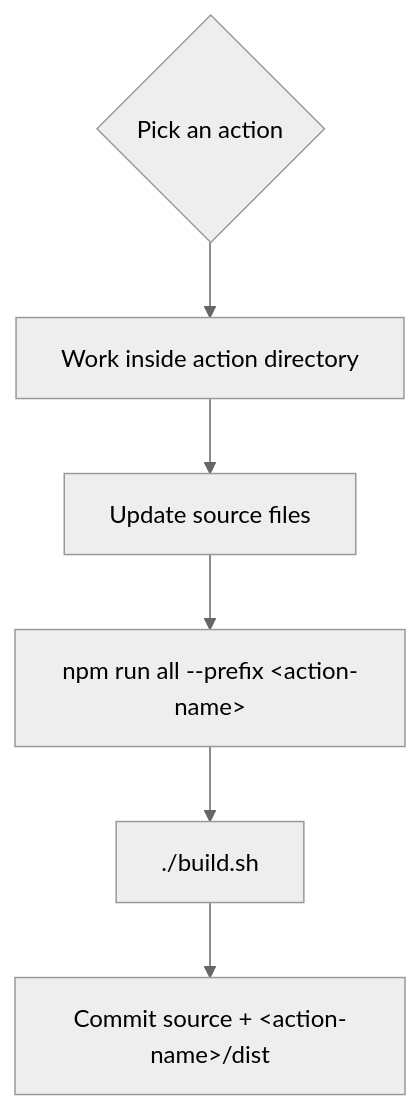
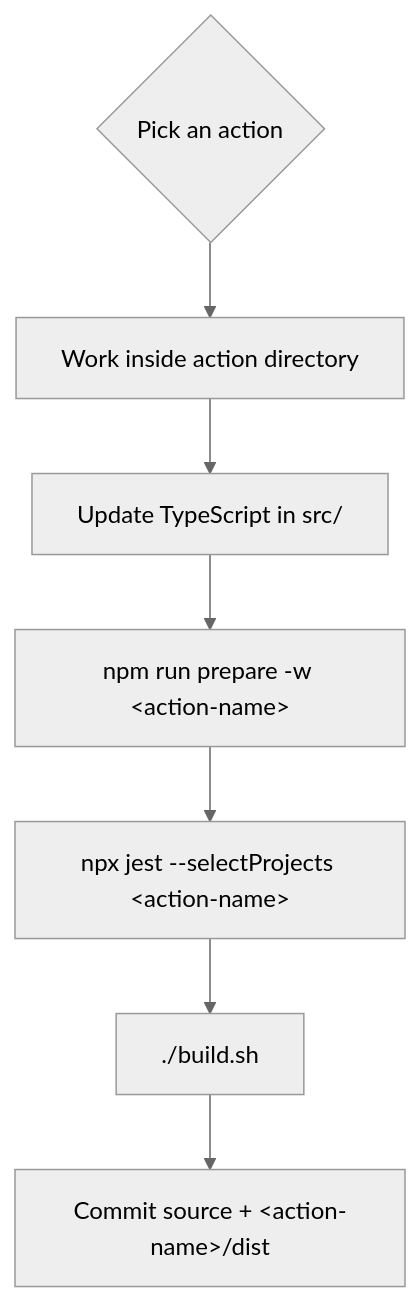
One commit to alandefreitas/cpp-actions changed the diagram in docs/modules/ROOT/pages/contribute.adoc. Above: the diagram before and after it, drawn with Mermaid (neutral theme). The commit also changed other lines of this file and 167 other files, not shown here.

First line of the commit message:
refactor: migrate codebase to TypeScript with npm workspaces

```diff
--- a/docs/modules/ROOT/pages/contribute.adoc
+++ b/docs/modules/ROOT/pages/contribute.adoc
@@ -16,11 +16,12 @@
 [mermaid, width=100%]
 ....
 flowchart TD
   decide{Pick an action}
   scope[Work inside action directory]
-  edit[Update source files]
-  localTest["npm run all --prefix &lt;action-name&gt;"]
+  edit[Update TypeScript in src/]
+  localBuild["npm run prepare -w &lt;action-name&gt;"]
+  localTest["npx jest --selectProjects &lt;action-name&gt;"]
   repoTest["./build.sh"]
   commit["Commit source + &lt;action-name&gt;/dist"]
-  decide --> scope --> edit --> localTest --> repoTest --> commit
+  decide --> scope --> edit --> localBuild --> localTest --> repoTest --> commit
 ....
```
